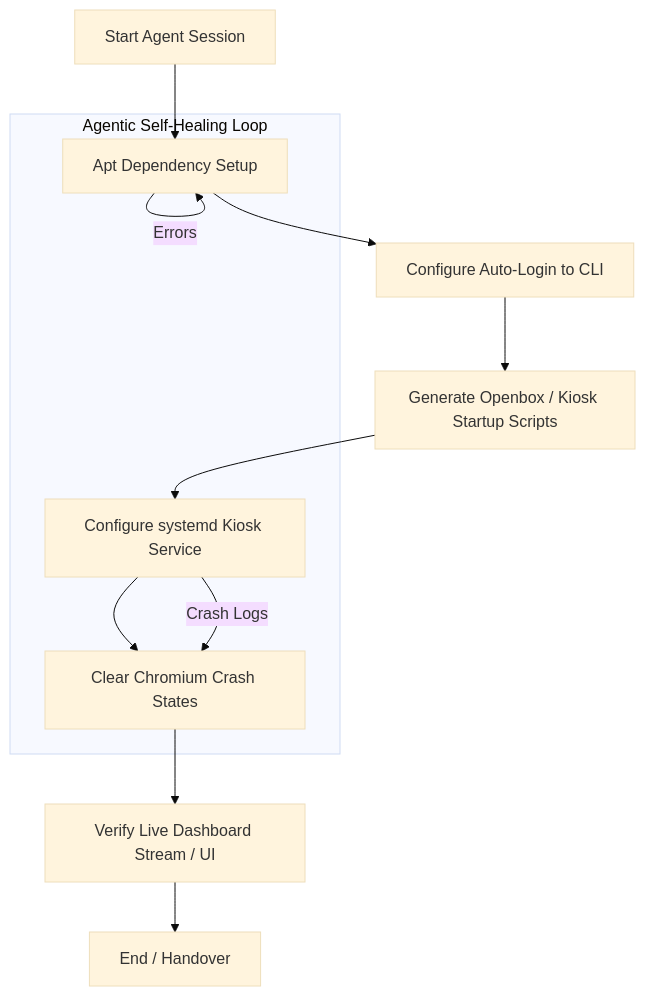
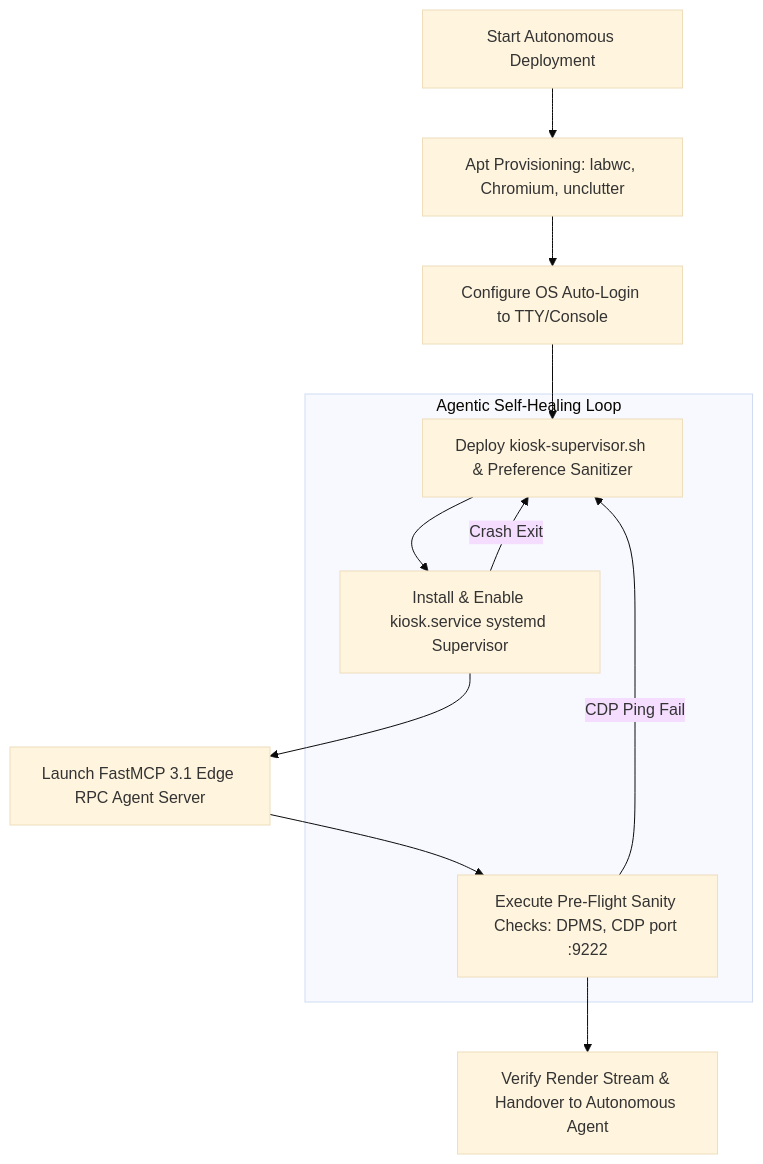
Before and after one commit to joanmarcriera/Home-office-automations: the diagram in docs/playbooks/raspberry-pi-kiosk-automation.md, drawn with Mermaid (base theme). The commit also changed other lines of this file and 5 other files, not shown here.

````diff
--- a/docs/playbooks/raspberry-pi-kiosk-automation.md
+++ b/docs/playbooks/raspberry-pi-kiosk-automation.md
@@ -80,15 +105,15 @@
 ```mermaid
 flowchart TD
-    A[Start Agent Session] --> B[Apt Dependency Setup]
-    B --> C[Configure Auto-Login to CLI]
-    C --> D[Generate Openbox / Kiosk Startup Scripts]
-    D --> E[Configure systemd Kiosk Service]
-    E --> F[Clear Chromium Crash States]
-    F --> G[Verify Live Dashboard Stream / UI]
-    G --> H[End / Handover]
+    A[Start Autonomous Deployment] --> B[Apt Provisioning: labwc, Chromium, unclutter]
+    B --> C[Configure OS Auto-Login to TTY/Console]
+    C --> D[Deploy kiosk-supervisor.sh & Preference Sanitizer]
+    D --> E[Install & Enable kiosk.service systemd Supervisor]
+    E --> F[Launch FastMCP 3.1 Edge RPC Agent Server]
+    F --> G[Execute Pre-Flight Sanity Checks: DPMS, CDP port :9222]
+    G --> H[Verify Render Stream & Handover to Autonomous Agent]
 
     subgraph "Agentic Self-Healing Loop"
-    B -->|Errors| B
-    E -->|Crash Logs| F
+    G -->|CDP Ping Fail| D
+    E -->|Crash Exit| D
     end
 ```
````
